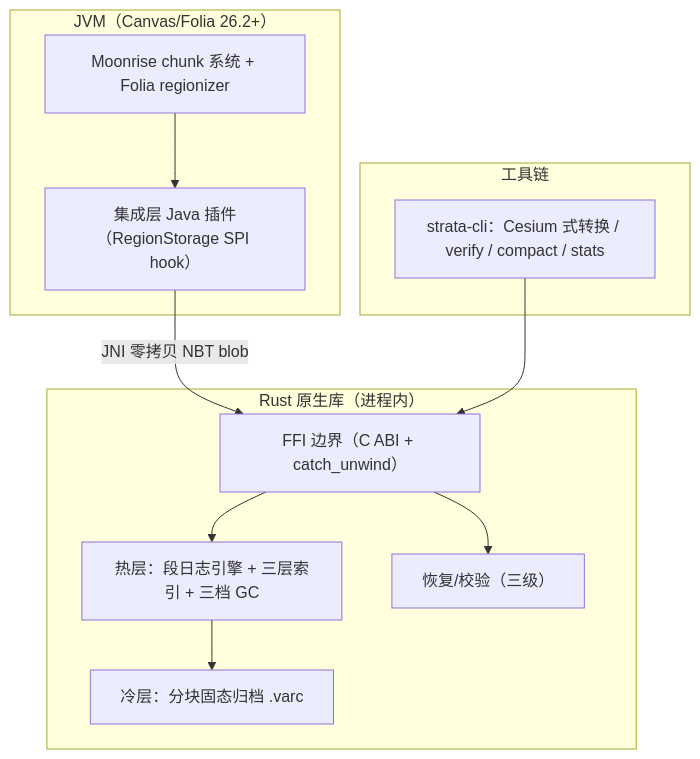
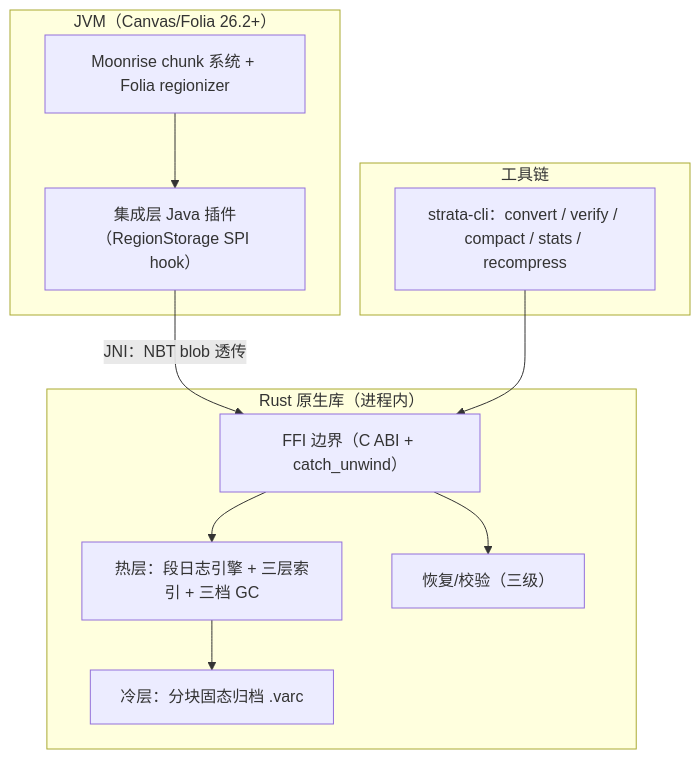
The diagram in docs/superpowers/specs/2026-08-04-strata-storage-design.md (wosnxn123/Strata), drawn with Mermaid before and after one commit. The commit also changed other lines of this file and 6 other files, not shown here.

````diff
--- a/docs/superpowers/specs/2026-08-04-strata-storage-design.md
+++ b/docs/superpowers/specs/2026-08-04-strata-storage-design.md
@@ -77,22 +77,22 @@
 ```mermaid
 graph TB
     subgraph JVM["JVM（Canvas/Folia 26.2+）"]
         MC["Moonrise chunk 系统 + Folia regionizer"]
         SHIM["集成层 Java 插件（RegionStorage SPI hook）"]
         MC --> SHIM
     end
     subgraph NATIVE["Rust 原生库（进程内）"]
         FFI["FFI 边界（C ABI + catch_unwind）"]
         HOT["热层：段日志引擎 + 三层索引 + 三档 GC"]
         COLD["冷层：分块固态归档 .varc"]
         RECOV["恢复/校验（三级）"]
         FFI --> HOT
         HOT --> COLD
         FFI --> RECOV
     end
     subgraph TOOLING["工具链"]
-        CLI["strata-cli：Cesium 式转换 / verify / compact / stats"]
+        CLI["strata-cli：convert / verify / compact / stats / recompress"]
     end
-    SHIM -- "JNI 零拷贝 NBT blob" --> FFI
+    SHIM -- "JNI：NBT blob 透传" --> FFI
     CLI --> FFI
 ```
````
